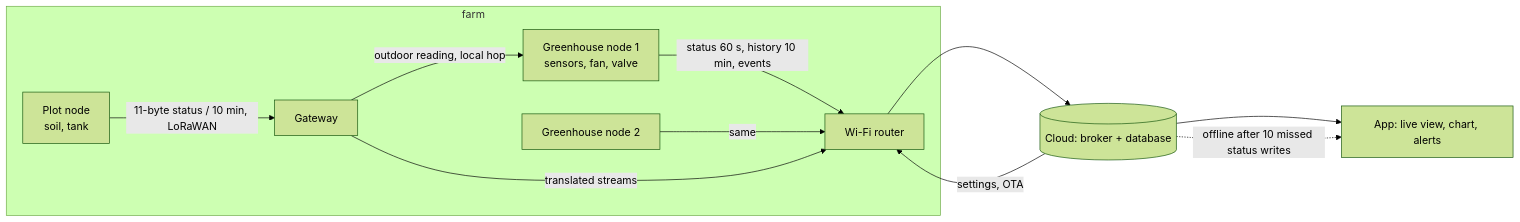
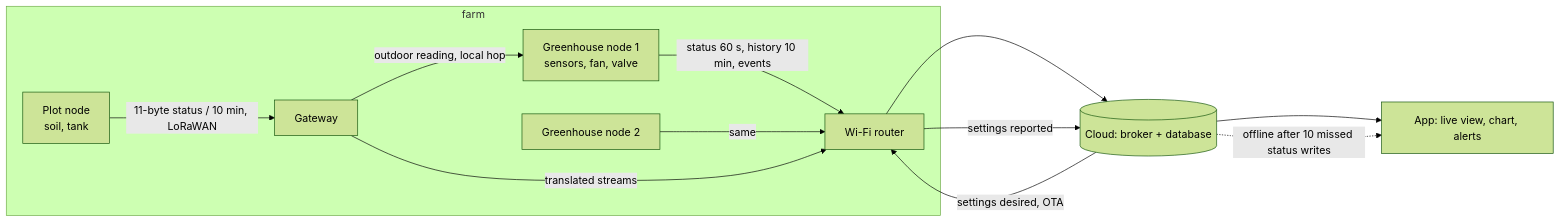
One commit to Mariam-zeqred/iot-system-design-handbook changed the diagram in README.md. Above: the diagram before and after it, drawn with Mermaid (forest theme). The commit also changed other lines of this file and 3 other files, not shown here.

Commit message:
Chapter 3: Data modelling (record anatomy, four streams, desired/reported settings, clocks, schema evolution, growth table, the two real schemas); README row, stream table and limitations; WALKTHROUGH and TODO

````diff
--- a/README.md
+++ b/README.md
@@ -26,14 +26,15 @@
 ```mermaid
 flowchart LR
     subgraph farm
         GH1[Greenhouse node 1<br/>sensors, fan, valve] -->|status 60 s, history 10 min, events| R[Wi-Fi router]
         GH2[Greenhouse node 2] -->|same| R
         PL[Plot node<br/>soil, tank] -->|11-byte status / 10 min, LoRaWAN| GW[Gateway]
         GW -->|outdoor reading, local hop| GH1
         GW -->|translated streams| R
     end
     R --> CL[(Cloud: broker + database)]
-    CL -->|settings, OTA| R
+    CL -->|settings desired, OTA| R
+    R -->|settings reported| CL
     CL --> APP[App: live view, chart, alerts]
     CL -. offline after 10 missed status writes .-> APP
 ```
````
